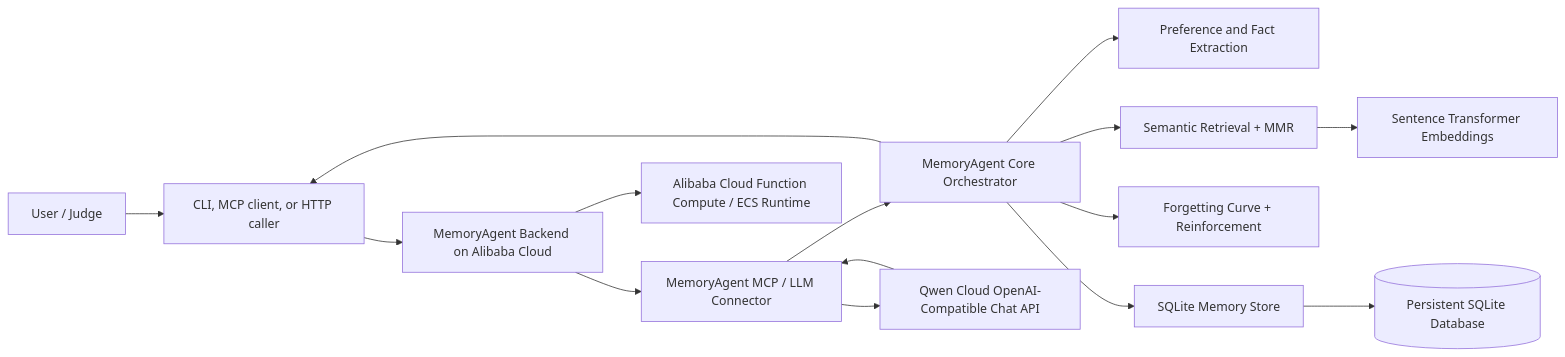
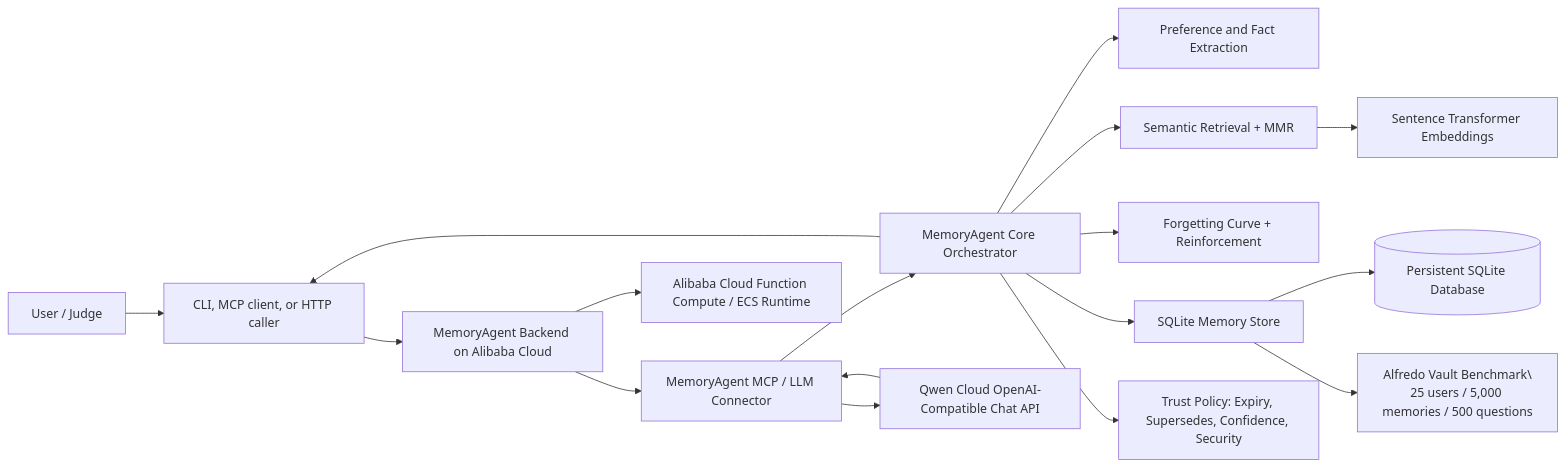
Before and after one commit to AkiraTokashiki/Alfredo: the diagram in docs/ARCHITECTURE.md, drawn with Mermaid. The commit also changed other lines of this file and 16 other files, not shown here.

Commit message:
feat: add Alfredo Vault benchmark

````diff
--- a/docs/ARCHITECTURE.md
+++ b/docs/ARCHITECTURE.md
@@ -11,22 +11,24 @@
 ```mermaid
 flowchart LR
     User[User / Judge] --> UI[CLI, MCP client, or HTTP caller]
 
     UI --> Backend[MemoryAgent Backend on Alibaba Cloud]
     Backend --> MCP[MemoryAgent MCP / LLM Connector]
     MCP --> Core[MemoryAgent Core Orchestrator]
 
     Core --> Extract[Preference and Fact Extraction]
     Core --> Retrieve[Semantic Retrieval + MMR]
     Core --> Forget[Forgetting Curve + Reinforcement]
     Core --> Store[SQLite Memory Store]
+    Core --> Trust[Trust Policy: Expiry, Supersedes, Confidence, Security]
 
     Store --> DB[(Persistent SQLite Database)]
     Retrieve --> Embed[Sentence Transformer Embeddings]
+    Store --> Bench[Alfredo Vault Benchmark\\n25 users / 5,000 memories / 500 questions]
 
     MCP --> Qwen[Qwen Cloud OpenAI-Compatible Chat API]
     Backend --> Alibaba[Alibaba Cloud Function Compute / ECS Runtime]
 
     Qwen --> MCP
     Core --> UI
 ```
````
